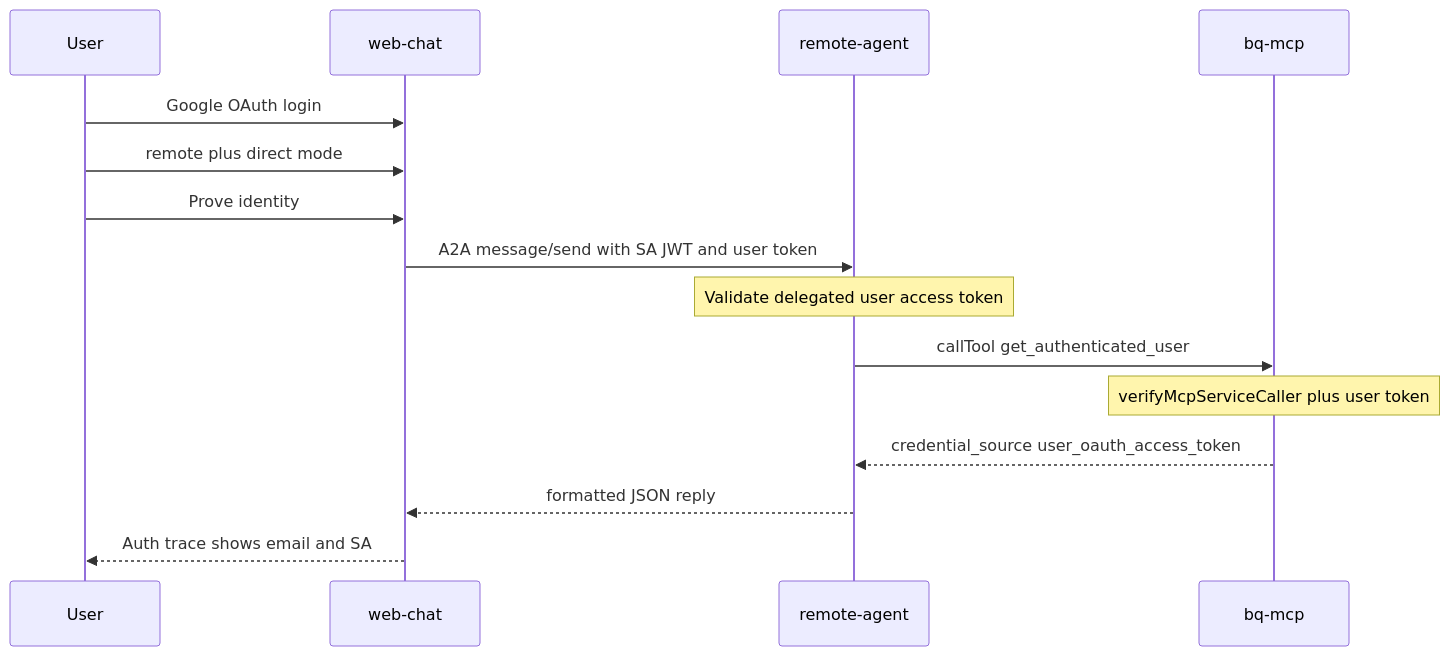
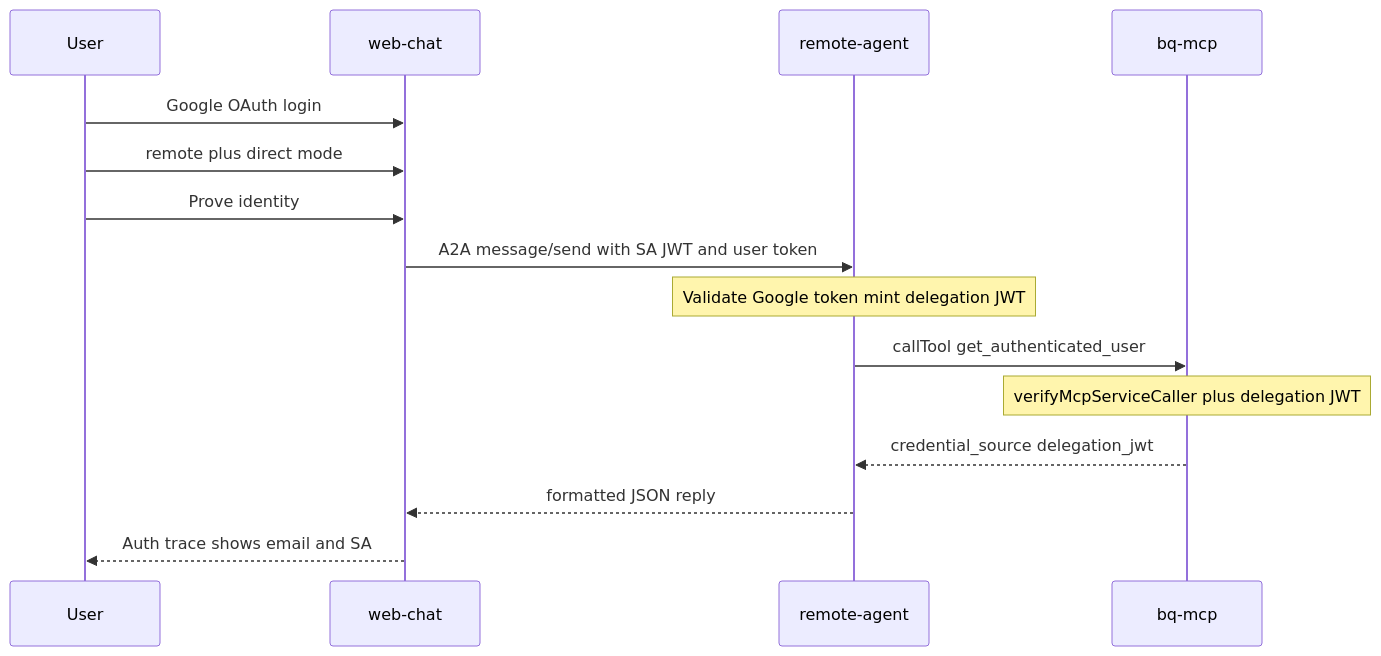
Before and after one commit to yu-iskw/agent-platform-demo: the fourth of 7 diagrams in docs/report.md, drawn with Mermaid. The commit also changed other lines of this file and 37 other files, not shown here.

First line of the commit message:
feat(auth): delegation JWT hop exchange and simplified auth proof UX

````diff
--- a/docs/report.md
+++ b/docs/report.md
@@ -311,18 +323,18 @@
 ```mermaid
 sequenceDiagram
   participant User
   participant WebChat as web-chat
   participant Agent as remote-agent
   participant MCP as bq-mcp
 
   User->>WebChat: Google OAuth login
   User->>WebChat: remote plus direct mode
   User->>WebChat: Prove identity
   WebChat->>Agent: A2A message/send with SA JWT and user token
-  Note over Agent: Validate delegated user access token
+  Note over Agent: Validate Google token mint delegation JWT
   Agent->>MCP: callTool get_authenticated_user
-  Note over MCP: verifyMcpServiceCaller plus user token
-  MCP-->>Agent: credential_source user_oauth_access_token
+  Note over MCP: verifyMcpServiceCaller plus delegation JWT
+  MCP-->>Agent: credential_source delegation_jwt
   Agent-->>WebChat: formatted JSON reply
   WebChat-->>User: Auth trace shows email and SA
 ```
````
